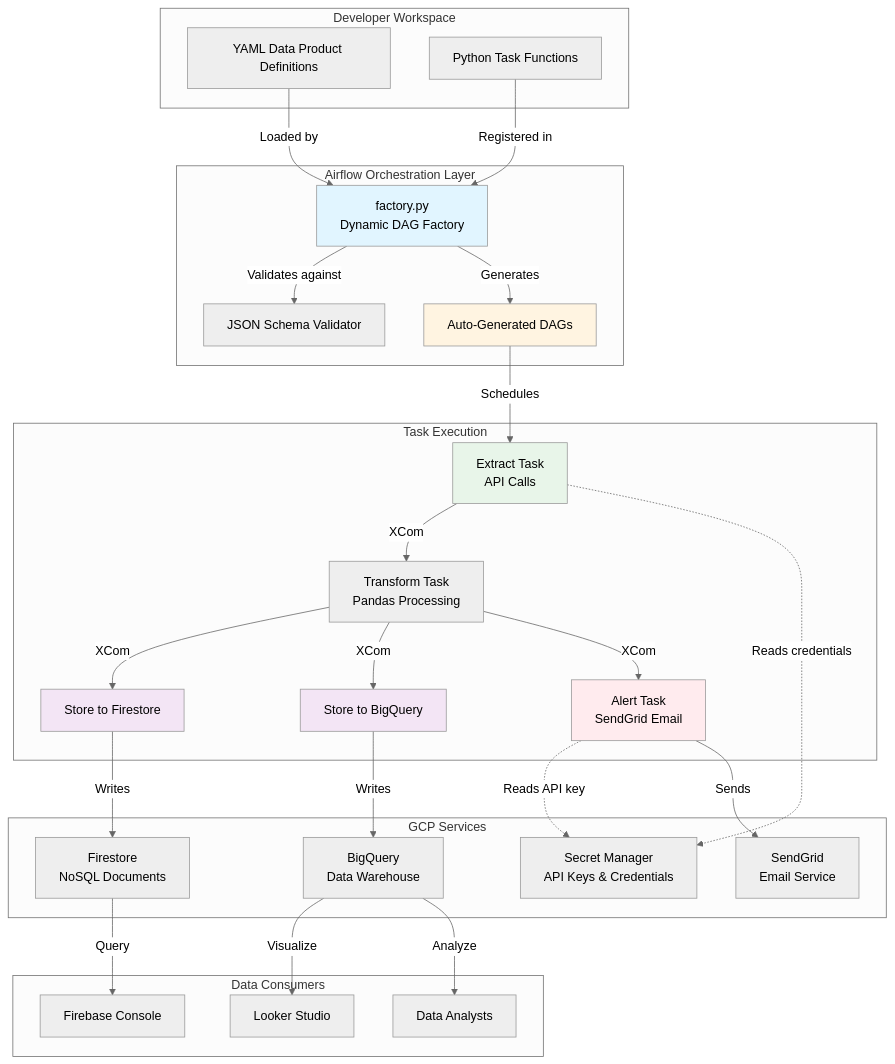
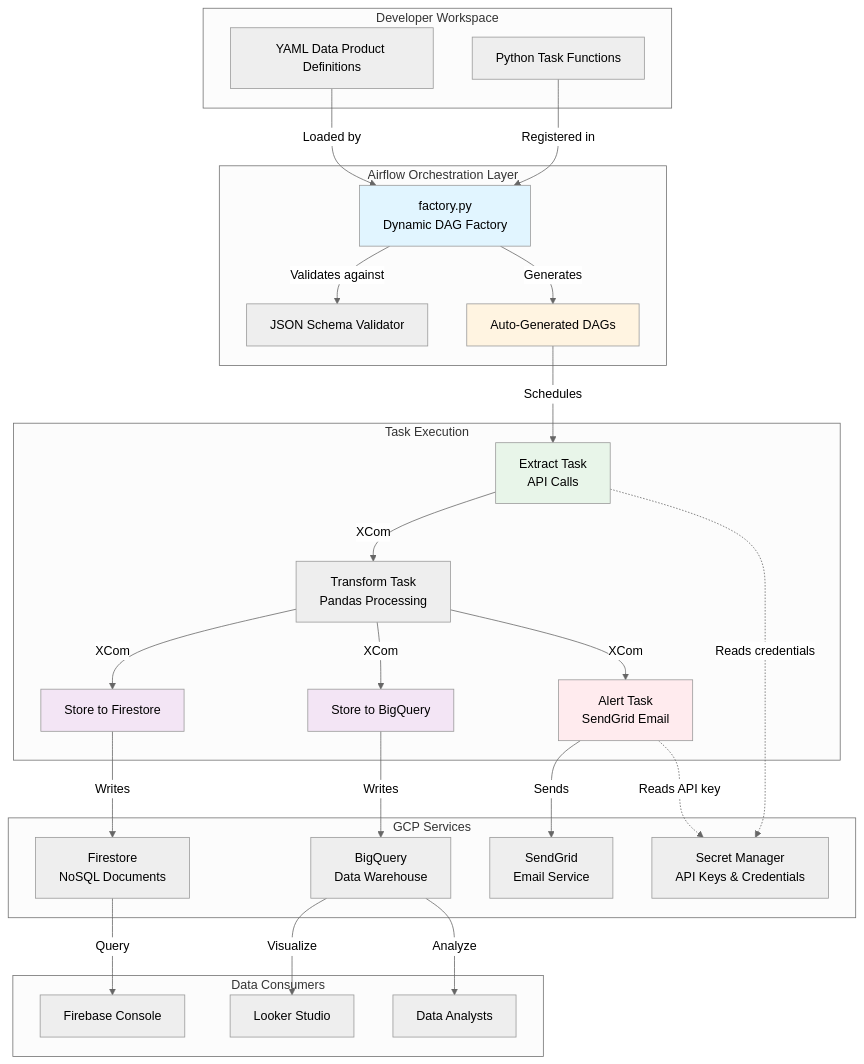
Before and after one commit to aldenirsrv/DATA_PRODUCT: the first of 2 diagrams in readme.md, drawn with Mermaid (neutral theme).

Commit message:
Fix duplicate ALERT entry in readme.md

````diff
--- a/readme.md
+++ b/readme.md
@@ -64,61 +64,61 @@
 ```mermaid
 graph TB
     subgraph "Developer Workspace"
         YAML[YAML Data Product Definitions]
         CODE[Python Task Functions]
     end
 
     subgraph "Airflow Orchestration Layer"
         FACTORY[factory.py<br/>Dynamic DAG Factory]
         SCHEMA[JSON Schema Validator]
         DAG[Auto-Generated DAGs]
     end
 
     subgraph "Task Execution"
         EXTRACT[Extract Task<br/>API Calls]
         TRANSFORM[Transform Task<br/>Pandas Processing]
         STORE_FS[Store to Firestore]
         STORE_BQ[Store to BigQuery]
         ALERT[Alert Task<br/>SendGrid Email]
     end
 
     subgraph "GCP Services"
         SM[Secret Manager<br/>API Keys & Credentials]
         FS[Firestore<br/>NoSQL Documents]
         BQ[BigQuery<br/>Data Warehouse]
         SG[SendGrid<br/>Email Service]
     end
 
     subgraph "Data Consumers"
         CONSOLE[Firebase Console]
         LOOKER[Looker Studio]
         ANALYSTS[Data Analysts]
     end
 
     YAML -->|Loaded by| FACTORY
     CODE -->|Registered in| FACTORY
     FACTORY -->|Validates against| SCHEMA
     FACTORY -->|Generates| DAG
     DAG -->|Schedules| EXTRACT
     EXTRACT -->|XCom| TRANSFORM
     TRANSFORM -->|XCom| STORE_FS
     TRANSFORM -->|XCom| STORE_BQ
     TRANSFORM -->|XCom| ALERT
     
     EXTRACT -.->|Reads credentials| SM
     STORE_FS -->|Writes| FS
     STORE_BQ -->|Writes| BQ
+	ALERT -->|Sends| SG
     ALERT -.->|Reads API key| SM
-    ALERT -->|Sends| SG
     
     FS -->|Query| CONSOLE
     BQ -->|Visualize| LOOKER
     BQ -->|Analyze| ANALYSTS
 
     style FACTORY fill:#e1f5ff
     style DAG fill:#fff4e1
     style EXTRACT fill:#e8f5e9
     style STORE_FS fill:#f3e5f5
     style STORE_BQ fill:#f3e5f5
     style ALERT fill:#ffebee
 ```
````
